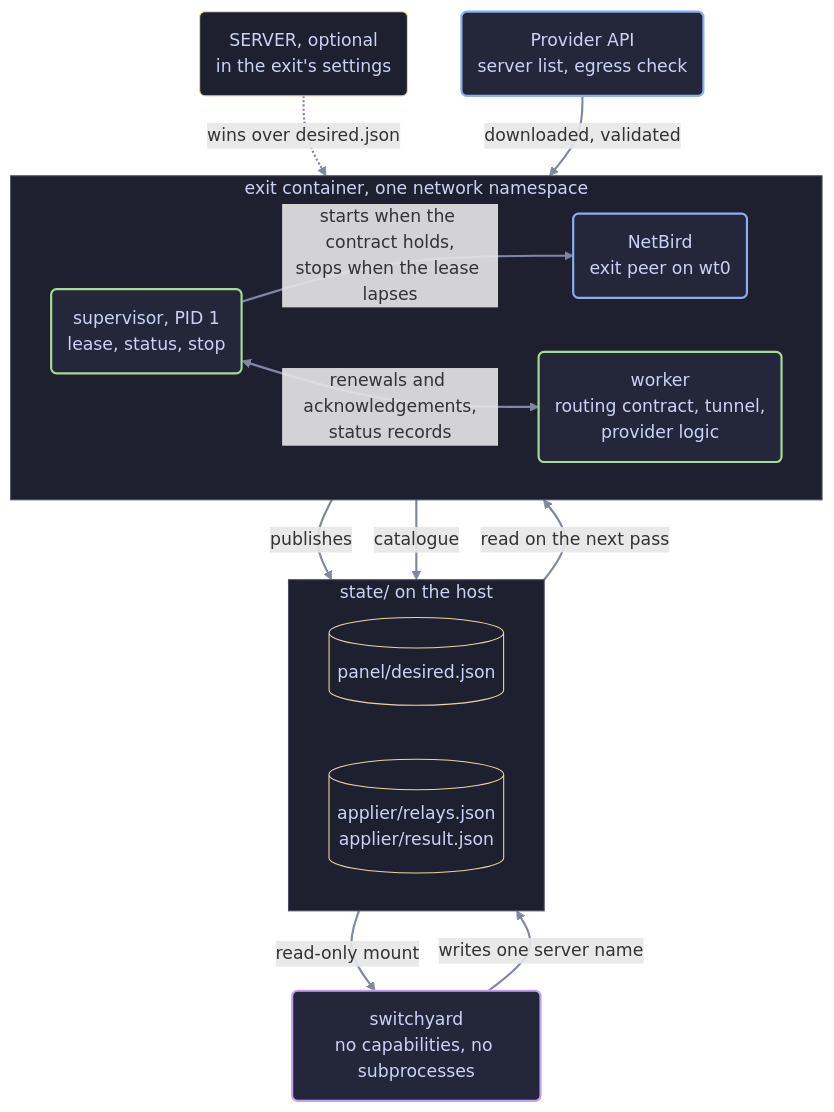
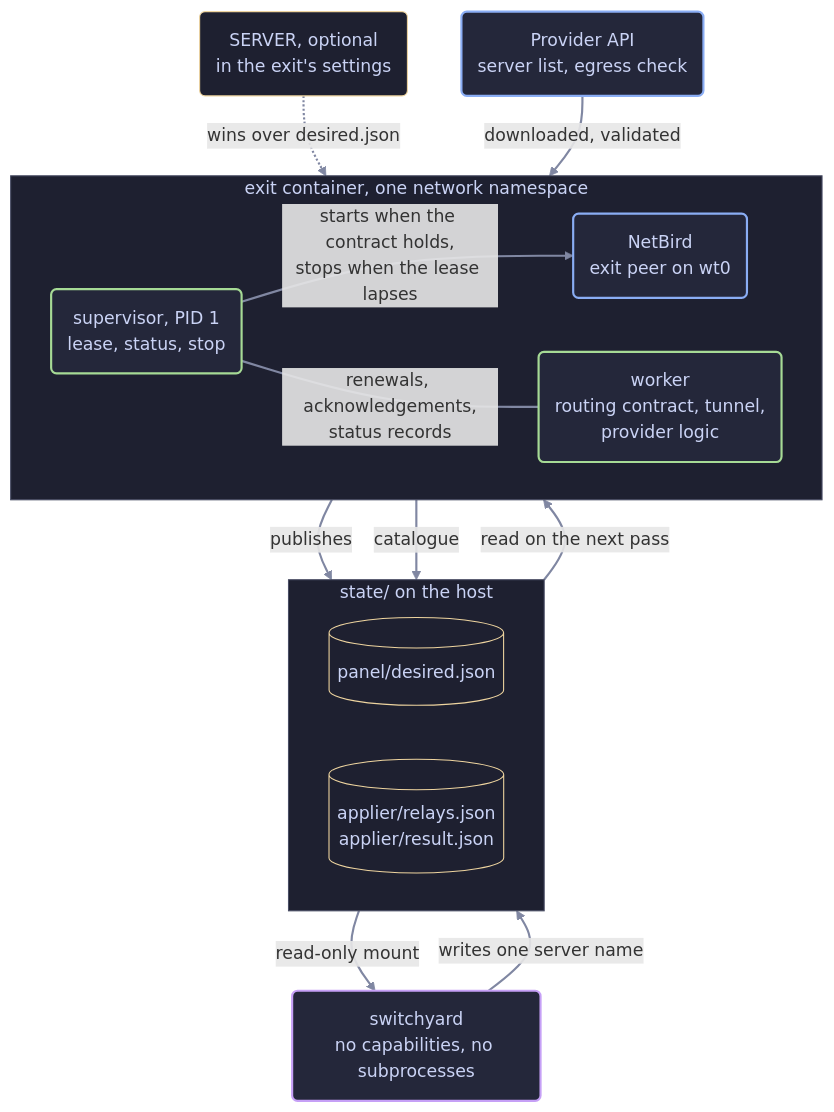
The first of 4 diagrams in docs/architecture.md (irashack/molebridge), drawn with Mermaid before and after one commit. The commit also changed 1 other file, not shown here.

Commit message:
docs: diagram edge, AGENTS wording

````diff
--- a/docs/architecture.md
+++ b/docs/architecture.md
@@ -77,39 +77,39 @@
 ```mermaid
 flowchart TB
     panel("switchyard<br/>no capabilities, no subprocesses")
     subgraph statedir["state/ on the host"]
         direction LR
         desired[("panel/desired.json")]
         result[("applier/relays.json<br/>applier/result.json")]
     end
     subgraph exit["exit container, one network namespace"]
         direction LR
         sup("supervisor, PID 1<br/>lease, status, stop")
         worker("worker<br/>routing contract, tunnel,<br/>provider logic")
         netbird("NetBird<br/>exit peer on wt0")
         sup -- "starts when the contract holds,<br/>stops when the lease lapses" --> netbird
-        sup <-- "renewals and acknowledgements,<br/>status records" --> worker
+        sup -- "renewals, acknowledgements,<br/>status records" --- worker
     end
     provider("Provider API<br/>server list, egress check")
     server("SERVER, optional<br/>in the exit's settings")
 
     panel -- "writes one server name" --> desired
     result -- "read-only mount" --> panel
     desired -- "read on the next pass" --> worker
     server -. "wins over desired.json" .-> worker
     sup -- "publishes" --> result
     worker -- "catalogue" --> result
     provider -- "downloaded, validated" --> worker
 
     classDef endpoint fill:#24273a,stroke:#8aadf4,color:#cad3f5,stroke-width:2px
     classDef routing fill:#24273a,stroke:#a6da95,color:#cad3f5,stroke-width:2px
     classDef file fill:#1e2030,stroke:#eed49f,color:#cad3f5,stroke-width:1px
     classDef panelc fill:#24273a,stroke:#c6a0f6,color:#cad3f5,stroke-width:2px
     class provider,netbird endpoint
     class sup,worker routing
     class panel panelc
     class desired,result,server file
     style exit fill:#1e2030,stroke:#494d64,color:#cad3f5
     style statedir fill:#1e2030,stroke:#494d64,color:#cad3f5
     linkStyle default stroke:#8087a2,stroke-width:2px
 ```
````
